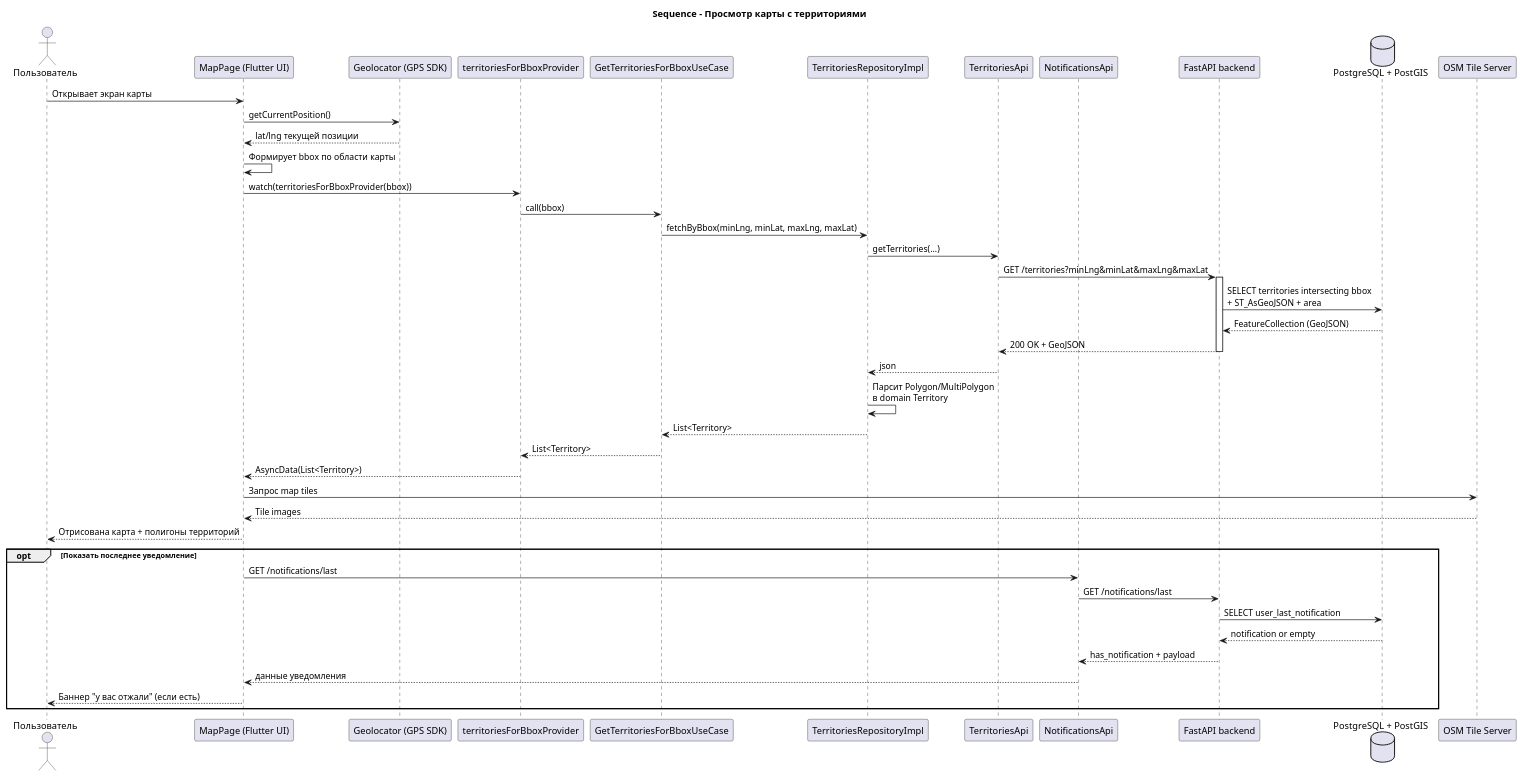
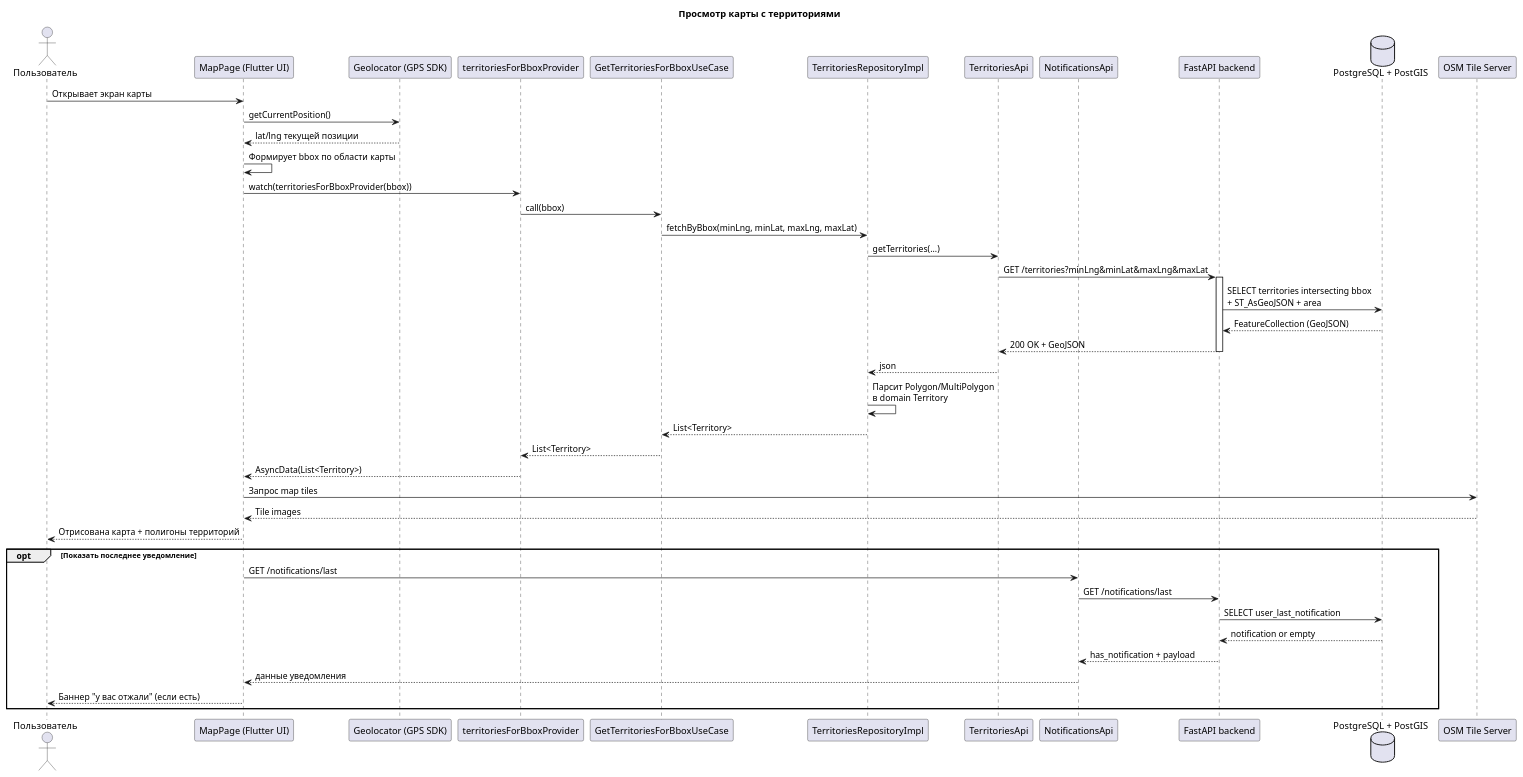
The diagram in docs/scheme/sequence_view_map_territories.puml (Nikitin48/run_application), drawn with PlantUML before and after one commit. The commit also changed 18 other files, not shown here.

Commit message:
new diagram

```diff
--- a/docs/scheme/sequence_view_map_territories.puml
+++ b/docs/scheme/sequence_view_map_territories.puml
@@ -1,53 +1,53 @@
 @startuml
-title Sequence - Просмотр карты с территориями
+title Просмотр карты с территориями
 
 actor User as "Пользователь"
 participant MapUI as "MapPage (Flutter UI)"
 participant Geo as "Geolocator (GPS SDK)"
 participant TerrProv as "territoriesForBboxProvider"
 participant TerrUC as "GetTerritoriesForBboxUseCase"
 participant TerrRepo as "TerritoriesRepositoryImpl"
 participant TerrApi as "TerritoriesApi"
 participant NotifApi as "NotificationsApi"
 participant API as "FastAPI backend"
 database DB as "PostgreSQL + PostGIS"
 participant OSM as "OSM Tile Server"
 
 User -> MapUI: Открывает экран карты
 MapUI -> Geo: getCurrentPosition()
 Geo --> MapUI: lat/lng текущей позиции
 
 MapUI -> MapUI: Формирует bbox по области карты
 MapUI -> TerrProv: watch(territoriesForBboxProvider(bbox))
 TerrProv -> TerrUC: call(bbox)
 TerrUC -> TerrRepo: fetchByBbox(minLng, minLat, maxLng, maxLat)
 TerrRepo -> TerrApi: getTerritories(...)
 TerrApi -> API: GET /territories?minLng&minLat&maxLng&maxLat
 
 activate API
 API -> DB: SELECT territories intersecting bbox\n+ ST_AsGeoJSON + area
 DB --> API: FeatureCollection (GeoJSON)
 API --> TerrApi: 200 OK + GeoJSON
 deactivate API
 
 TerrApi --> TerrRepo: json
 TerrRepo -> TerrRepo: Парсит Polygon/MultiPolygon\nв domain Territory
 TerrRepo --> TerrUC: List<Territory>
 TerrUC --> TerrProv: List<Territory>
 TerrProv --> MapUI: AsyncData(List<Territory>)
 
 MapUI -> OSM: Запрос map tiles
 OSM --> MapUI: Tile images
 MapUI --> User: Отрисована карта + полигоны территорий
 
 opt Показать последнее уведомление
   MapUI -> NotifApi: GET /notifications/last
   NotifApi -> API: GET /notifications/last
   API -> DB: SELECT user_last_notification
   DB --> API: notification or empty
   API --> NotifApi: has_notification + payload
   NotifApi --> MapUI: данные уведомления
   MapUI --> User: Баннер "у вас отжали" (если есть)
 end
 
 @enduml
```
